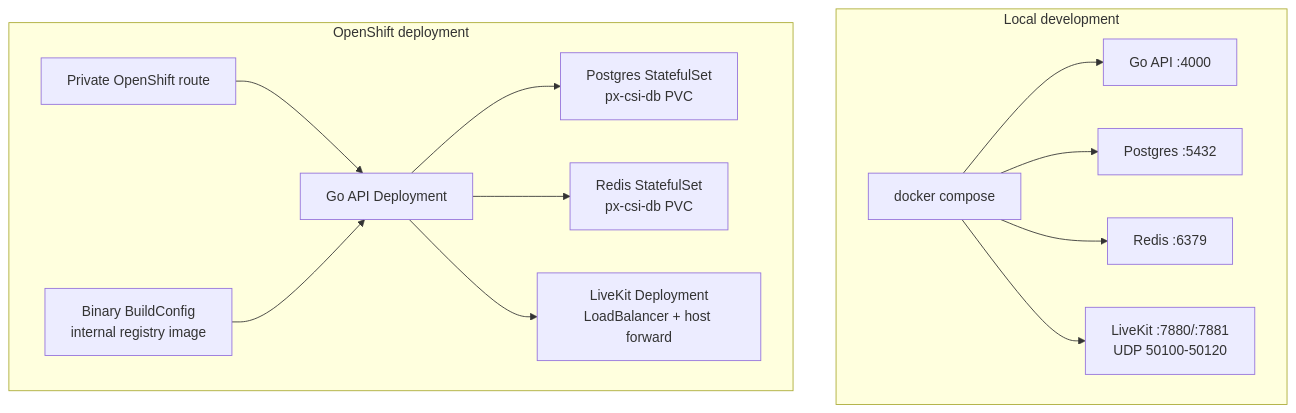
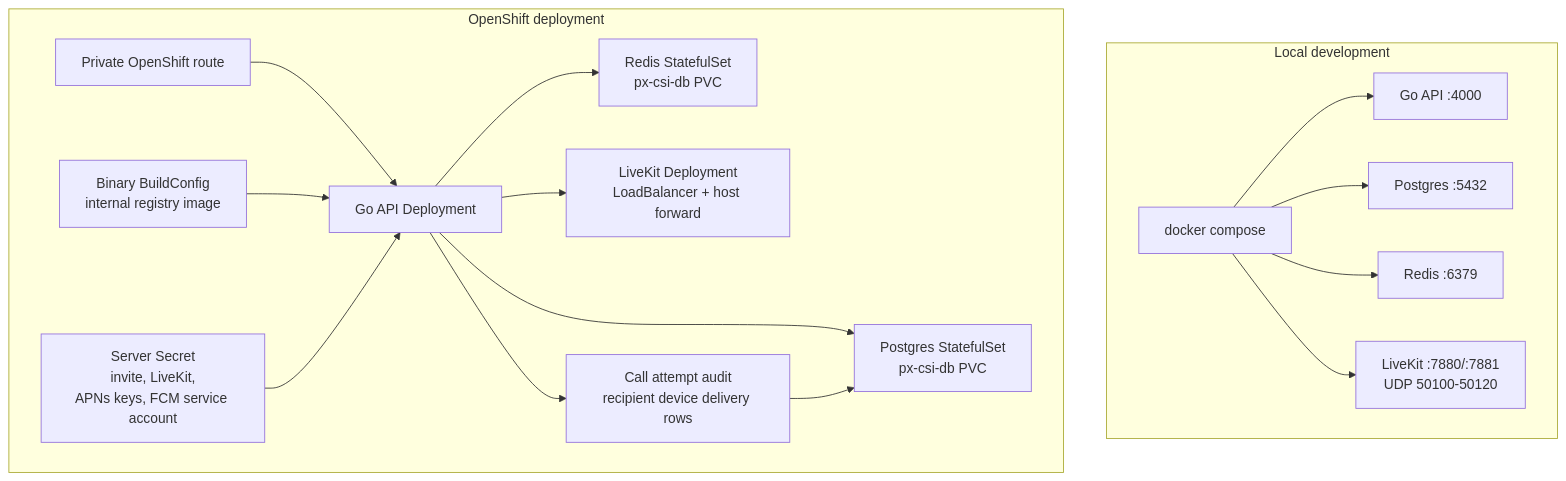
One commit to calvarado2004/phone-levelg changed the third of 3 diagrams in README.md. Above: the diagram before and after it, drawn with Mermaid. The commit also changed other lines of this file and 12 other files, not shown here.

````diff
--- a/README.md
+++ b/README.md
@@ -103,29 +122,34 @@
 ```mermaid
 flowchart TB
   subgraph Local["Local development"]
     Compose["docker compose"]
     LocalAPI["Go API :4000"]
     LocalPG["Postgres :5432"]
     LocalRedis["Redis :6379"]
     LocalLiveKit["LiveKit :7880/:7881\nUDP 50100-50120"]
   end
 
   subgraph OCP["OpenShift deployment"]
     Route["Private OpenShift route"]
     Build["Binary BuildConfig\ninternal registry image"]
     Deploy["Go API Deployment"]
+    Secret["Server Secret\ninvite, LiveKit,\nAPNs keys, FCM service account"]
     OcpPG["Postgres StatefulSet\npx-csi-db PVC"]
     OcpRedis["Redis StatefulSet\npx-csi-db PVC"]
     OcpLiveKit["LiveKit Deployment\nLoadBalancer + host forward"]
+    PushAudit["Call attempt audit\nrecipient device delivery rows"]
   end
 
   Compose --> LocalAPI
   Compose --> LocalPG
   Compose --> LocalRedis
   Compose --> LocalLiveKit
   Route --> Deploy
   Build --> Deploy
+  Secret --> Deploy
   Deploy --> OcpPG
   Deploy --> OcpRedis
   Deploy --> OcpLiveKit
+  Deploy --> PushAudit
+  PushAudit --> OcpPG
 ```
````
